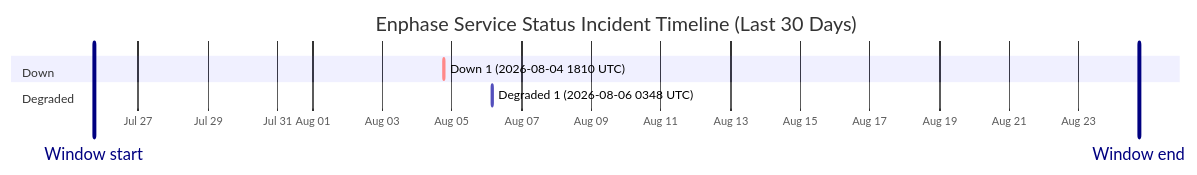
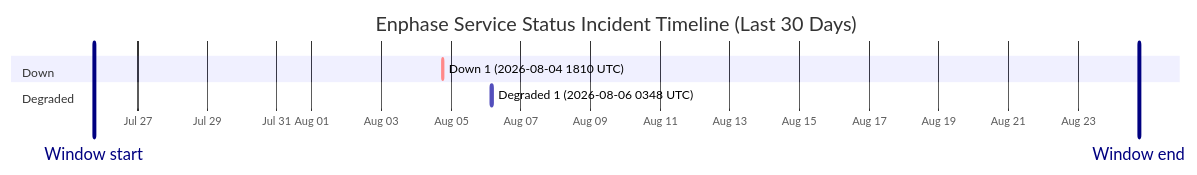
Before and after one commit to barneyonline/ha-enphase-energy: the diagram in wiki/Service-Status-History.md, drawn with Mermaid. The commit also changed other lines of this file and 3 other files, not shown here.

````diff
--- a/wiki/Service-Status-History.md
+++ b/wiki/Service-Status-History.md
@@ -14,12 +14,12 @@
 ```mermaid
 gantt
     title Enphase Service Status Incident Timeline (Last 30 Days)
     dateFormat  YYYY-MM-DDTHH:mm:ss
     axisFormat  %b %d
-    Window start :vert, window-start, 2026-07-25T17:28:40, 0ms
-    Window end :vert, window-end, 2026-08-24T17:28:40, 0ms
+    Window start :vert, window-start, 2026-07-25T17:59:41, 0ms
+    Window end :vert, window-end, 2026-08-24T17:59:41, 0ms
     section Down
     Down 1 (2026-08-04 1810 UTC) :crit, down-1, 2026-08-04T18:10:46, 60m
     section Degraded
     Degraded 1 (2026-08-06 0348 UTC) :active, degraded-1, 2026-08-06T03:48:14, 60m
 ```
````
